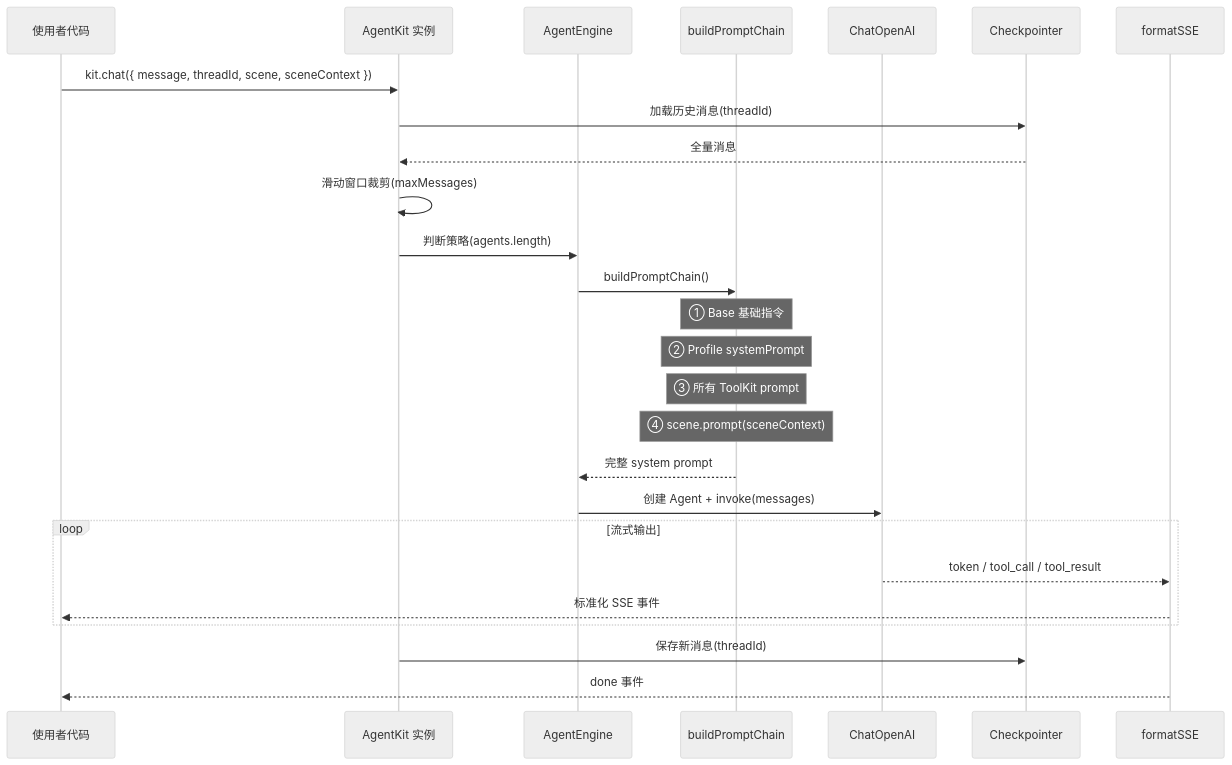
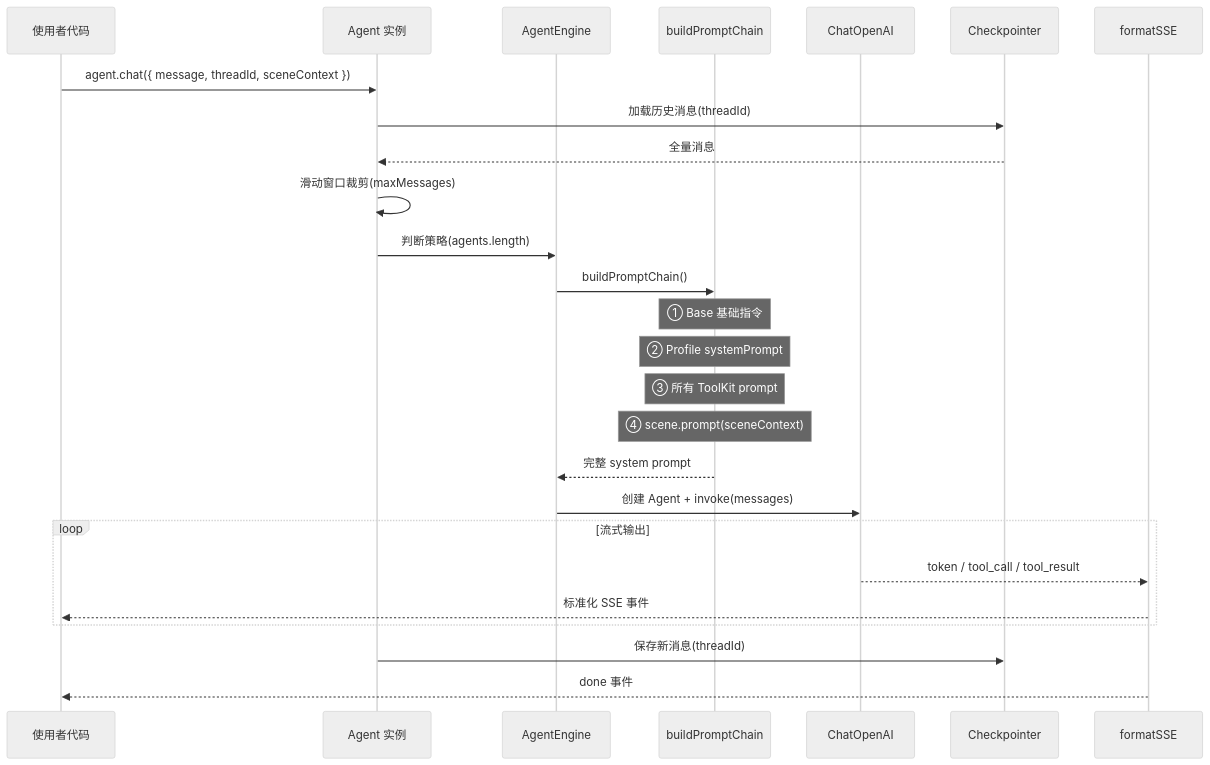
One commit to Lootoe/agent-scene-toolkit changed the first of 4 diagrams in 需求文档/lilo-agent-core.md. Above: the diagram before and after it, drawn with Mermaid (neutral theme). The commit also changed other lines of this file and 1 other file, not shown here.

````diff
--- a/需求文档/lilo-agent-core.md
+++ b/需求文档/lilo-agent-core.md
@@ -246,33 +246,33 @@
 ```mermaid
 sequenceDiagram
     participant User as 使用者代码
-    participant Kit as AgentKit 实例
+    participant Kit as Agent 实例
     participant Engine as AgentEngine
     participant PC as buildPromptChain
     participant LLM as ChatOpenAI
     participant CP as Checkpointer
     participant SSE as formatSSE
 
-    User->>Kit: kit.chat({ message, threadId, scene, sceneContext })
+    User->>Kit: agent.chat({ message, threadId, sceneContext })
     Kit->>CP: 加载历史消息(threadId)
     CP-->>Kit: 全量消息
     Kit->>Kit: 滑动窗口裁剪(maxMessages)
 
     Kit->>Engine: 判断策略(agents.length)
     Engine->>PC: buildPromptChain()
     Note over PC: ① Base 基础指令
     Note over PC: ② Profile systemPrompt
     Note over PC: ③ 所有 ToolKit prompt
     Note over PC: ④ scene.prompt(sceneContext)
     PC-->>Engine: 完整 system prompt
 
     Engine->>LLM: 创建 Agent + invoke(messages)
 
     loop 流式输出
         LLM-->>SSE: token / tool_call / tool_result
         SSE-->>User: 标准化 SSE 事件
     end
 
     Kit->>CP: 保存新消息(threadId)
     SSE-->>User: done 事件
 ```
````
